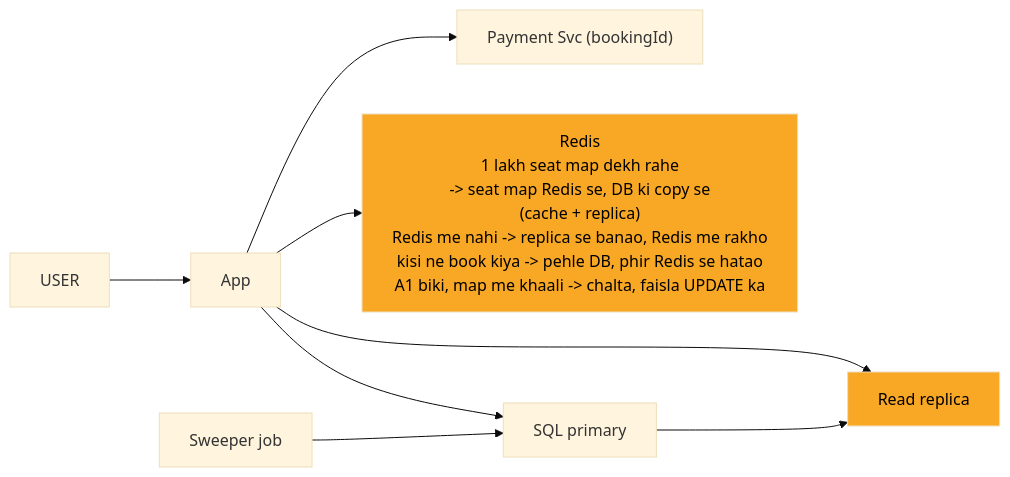
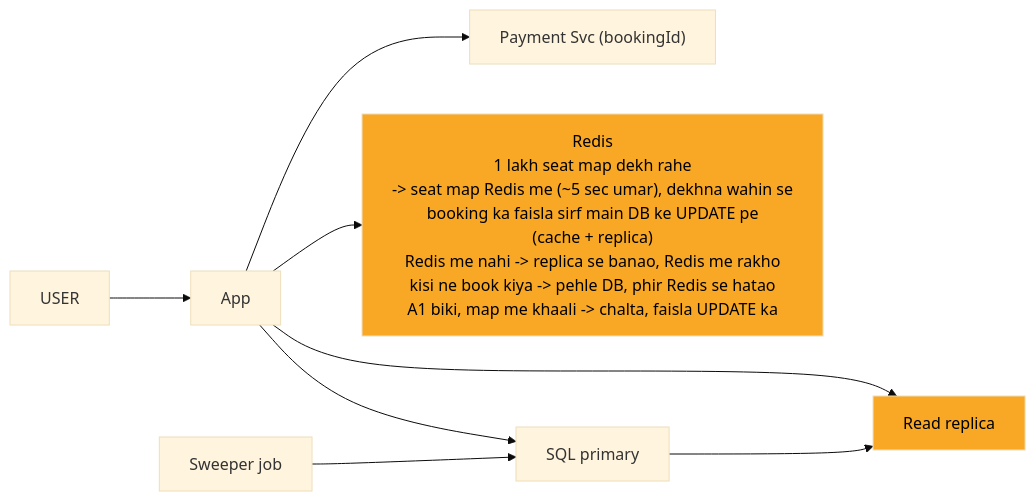
The fifth of 9 diagrams in 04_HLD/SYSTEM_DESIGNS/09_bookmyshow/09_bookmyshow_INTERVIEW.md (ArpanMaheshwari144/Prep), drawn with Mermaid (base theme) before and after one commit. The commit also changed other lines of this file and 13 other files, not shown here.

````diff
--- a/04_HLD/SYSTEM_DESIGNS/09_bookmyshow/09_bookmyshow_INTERVIEW.md
+++ b/04_HLD/SYSTEM_DESIGNS/09_bookmyshow/09_bookmyshow_INTERVIEW.md
@@ -188,20 +187,20 @@
 ```mermaid
 %%{init: {"flowchart": {"wrappingWidth": 450}}}%%
 flowchart LR
     n_USER["USER"]
     n_App["App"]
     n_Payment_Svc["Payment Svc (bookingId)"]
-    n_Redis["Redis<br/>1 lakh seat map dekh rahe<br/>-> seat map Redis se, DB ki copy se<br/>(cache + replica)<br/>Redis me nahi -> replica se banao, Redis me rakho<br/>kisi ne book kiya -> pehle DB, phir Redis se hatao<br/>A1 biki, map me khaali -> chalta, faisla UPDATE ka"]
+    n_Redis["Redis<br/>1 lakh seat map dekh rahe<br/>-> seat map Redis me (~5 sec umar), dekhna wahin se<br/>booking ka faisla sirf main DB ke UPDATE pe<br/>(cache + replica)<br/>Redis me nahi -> replica se banao, Redis me rakho<br/>kisi ne book kiya -> pehle DB, phir Redis se hatao<br/>A1 biki, map me khaali -> chalta, faisla UPDATE ka"]
     n_Read_replica["Read replica"]
     n_SQL_primary["SQL primary"]
     n_Sweeper_job["Sweeper job"]
     n_USER --> n_App
     n_App --> n_Payment_Svc
     n_App --> n_Redis
     n_App --> n_Read_replica
     n_App --> n_SQL_primary
     n_Sweeper_job --> n_SQL_primary
     n_SQL_primary --> n_Read_replica
     style n_Redis fill:#f9a825,color:#000
     style n_Read_replica fill:#f9a825,color:#000
 ```
````
